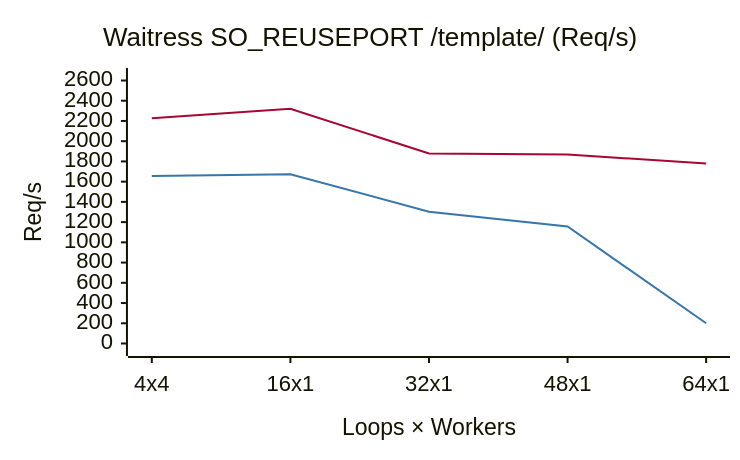
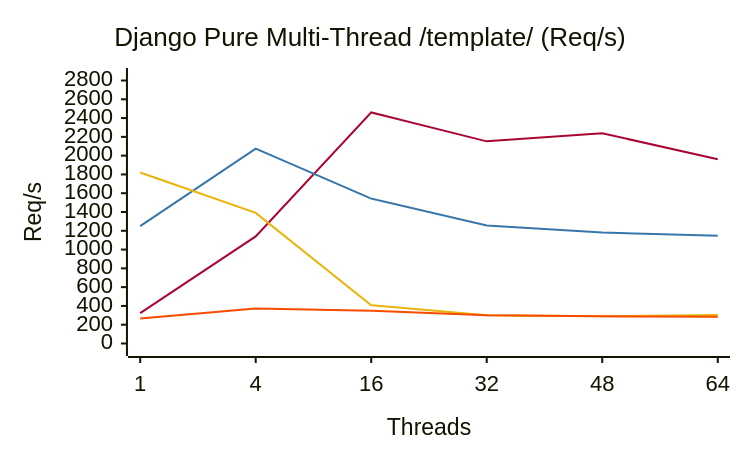
Before and after one commit to erlpython/epython: the fourth of 14 diagrams in README.md, drawn with Mermaid. The commit also changed other lines of this file, not shown here.

Commit message:
update numbers and graph in readme

````diff
--- a/README.md
+++ b/README.md
@@ -156,32 +162,34 @@
 ```mermaid
 ---
 config:
   xyChart:
     width: 720
     height: 440
     titleFontSize: 26
     titlePadding: 14
     xAxis:
       labelFontSize: 22
       labelPadding: 8
       titleFontSize: 23
       titlePadding: 10
     yAxis:
       labelFontSize: 22
       labelPadding: 8
       titleFontSize: 23
       titlePadding: 10
   themeVariables:
     xyChart:
       backgroundColor: "transparent"
-      plotColorPalette: "#A90533, #3776AB"
+      plotColorPalette: "#A90533, #3776AB, #EAB308, #F74C00"
   themeCSS: |
     .main { transform: translate(4px, 10px) scale(0.71); transform-origin: 0 0; }
 ---
 xychart-beta
-    title "Waitress SO_REUSEPORT /template/ (Req/s)"
-    x-axis "Loops × Workers" ["4x4", "16x1", "32x1", "48x1", "64x1"]
-    y-axis "Req/s" 0 --> 2600
-    line [2228, 2320, 1878, 1868, 1779]
-    line [1656, 1674, 1303, 1157, 200]
+    title "Django Pure Multi-Thread /template/ (Req/s)"
+    x-axis "Threads" ["1", "4", "16", "32", "48", "64"]
+    y-axis "Req/s" 0 --> 2800
+    line [323, 1140, 2460, 2152, 2238, 1962]
+    line [1249, 2075, 1542, 1256, 1181, 1147]
+    line [1820, 1391, 408, 302, 291, 304]
+    line [266, 373, 349, 300, 289, 286]
 ```
````
